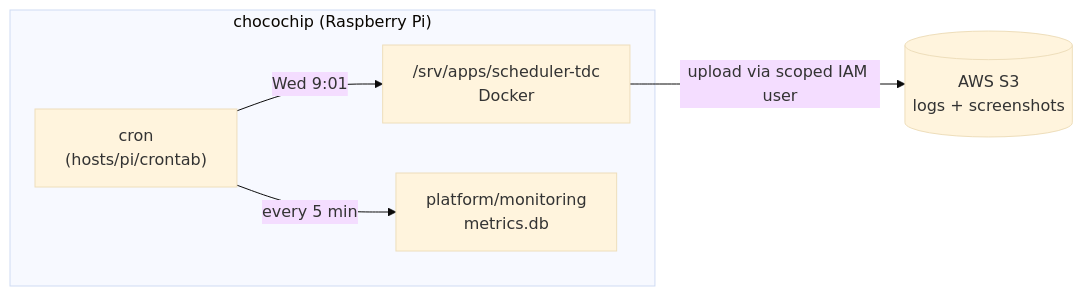
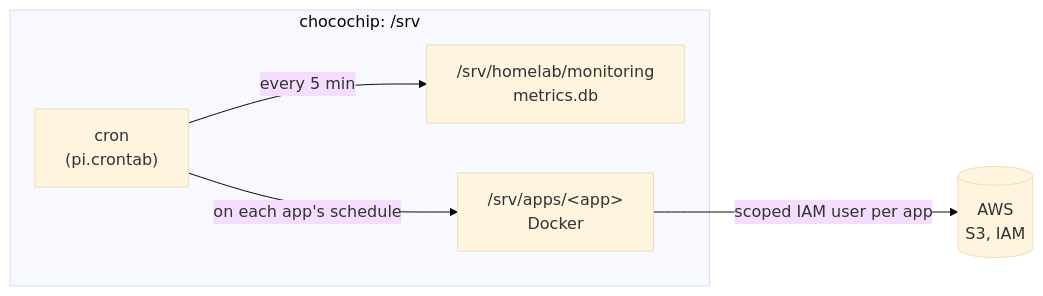
Before and after one commit to JeremyTran211/Homelab: the diagram in README.md, drawn with Mermaid (base theme). The commit also changed other lines of this file and 11 other files, not shown here.

````diff
--- a/README.md
+++ b/README.md
@@ -18,13 +10,13 @@
 ```mermaid
 flowchart LR
-    subgraph pi["chocochip (Raspberry Pi)"]
-        cron["cron<br/>(hosts/pi/crontab)"]
-        bot["/srv/apps/scheduler-tdc<br/>Docker"]
-        metrics["platform/monitoring<br/>metrics.db"]
+    subgraph pi["chocochip: /srv"]
+        cron["cron<br/>(pi.crontab)"]
+        mon["/srv/homelab/monitoring<br/>metrics.db"]
+        apps["/srv/apps/&lt;app&gt;<br/>Docker"]
     end
-    s3[("AWS S3<br/>logs + screenshots")]
+    aws[("AWS<br/>S3, IAM")]
 
-    cron -->|"Wed 9:01"| bot
-    cron -->|"every 5 min"| metrics
-    bot -->|"upload via scoped IAM user"| s3
+    cron -->|"every 5 min"| mon
+    cron -->|"on each app's schedule"| apps
+    apps -->|"scoped IAM user per app"| aws
 ```
````
